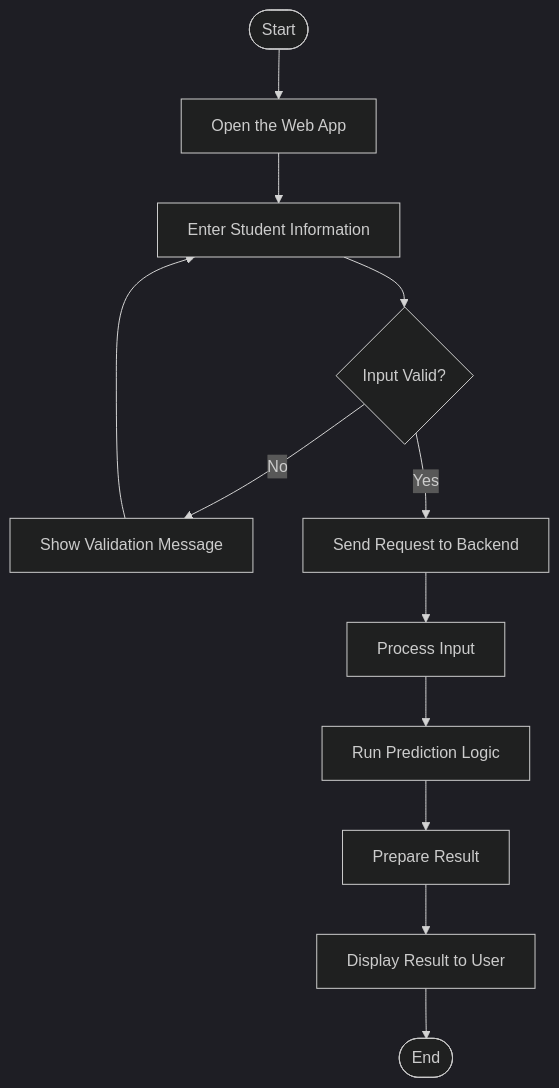
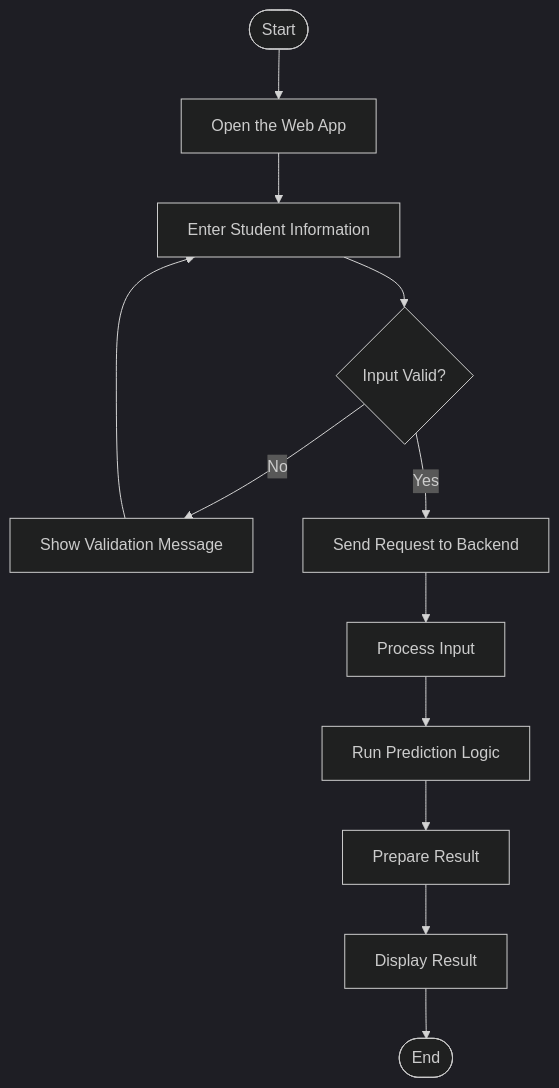
The second of 2 diagrams in README.md (adityaraj150107-star/SmartPlacementPredictions), drawn with Mermaid (dark theme) before and after one commit. The commit also changed other lines of this file, not shown here.

````diff
--- a/README.md
+++ b/README.md
@@ -69,14 +79,14 @@
 ```mermaid
 flowchart TD
-    A([Start]) --> B[Open the Web App]
-    B --> C[Enter Student Information]
-    C --> D{Input Valid?}
-    D -- No --> E[Show Validation Message]
+    A(["Start"]) --> B["Open the Web App"]
+    B --> C["Enter Student Information"]
+    C --> D{"Input Valid?"}
+    D -- "No" --> E["Show Validation Message"]
     E --> C
-    D -- Yes --> F[Send Request to Backend]
-    F --> G[Process Input]
-    G --> H[Run Prediction Logic]
-    H --> I[Prepare Result]
-    I --> J[Display Result to User]
-    J --> K([End])
+    D -- "Yes" --> F["Send Request to Backend"]
+    F --> G["Process Input"]
+    G --> H["Run Prediction Logic"]
+    H --> I["Prepare Result"]
+    I --> J["Display Result"]
+    J --> K(["End"])
 ```
````
